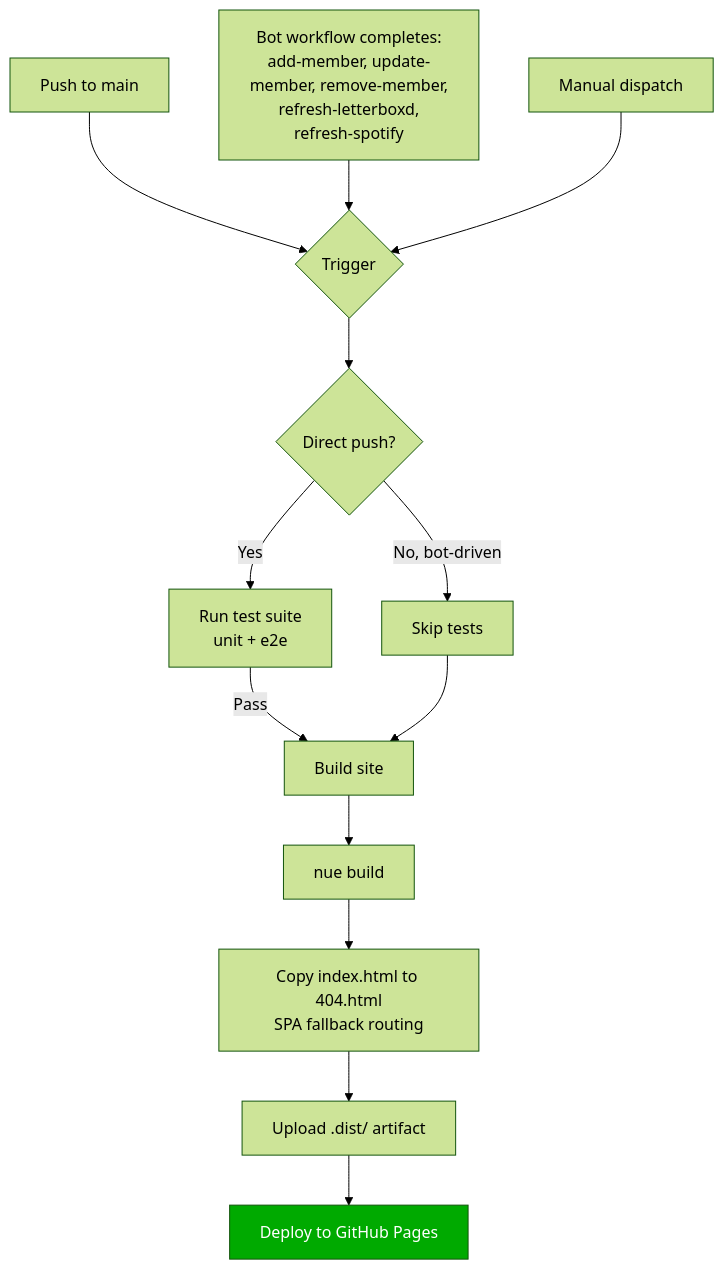
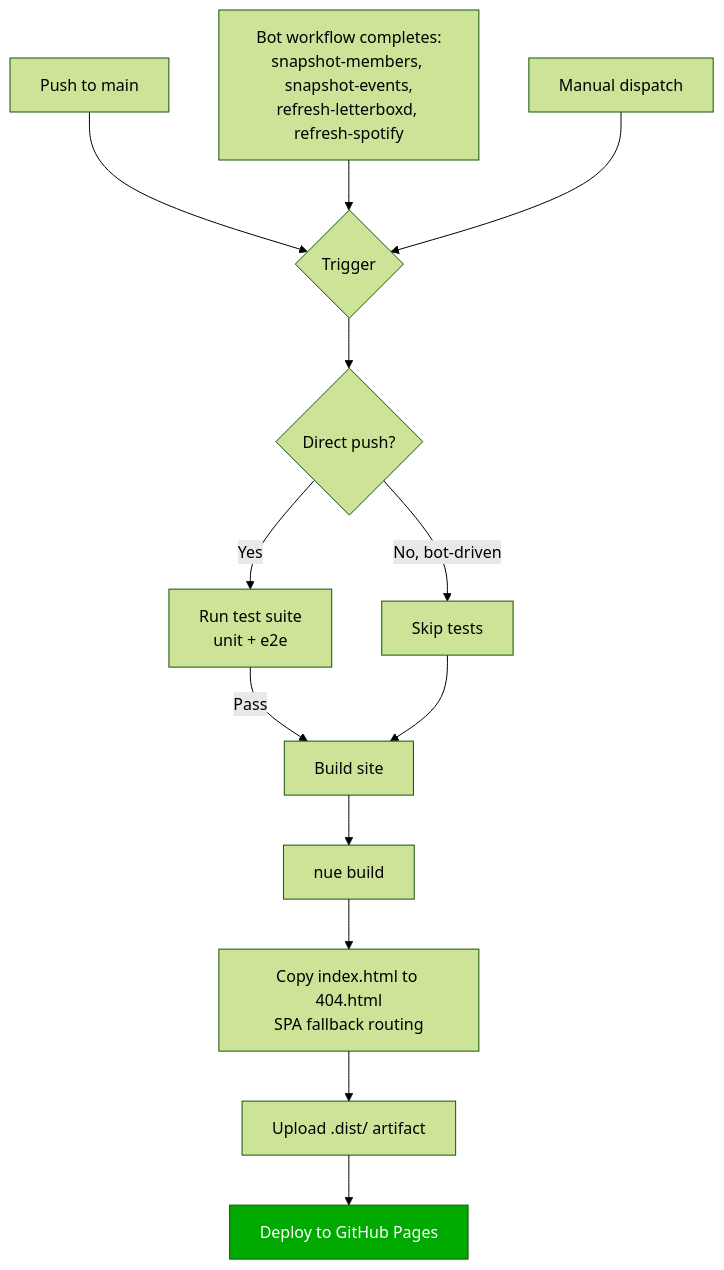
The first of 2 diagrams in docs/features/deployment.md (michaellambgelo/jxnfilmclub), drawn with Mermaid (forest theme) before and after one commit. The commit also changed other lines of this file and 13 other files, not shown here.

````diff
--- a/docs/features/deployment.md
+++ b/docs/features/deployment.md
@@ -7,22 +7,22 @@
 ```mermaid
 flowchart TD
     A{Trigger} --> B
 
     A1[Push to main] --> A
-    A2[Bot workflow completes:<br/>add-member, update-member, remove-member,<br/>refresh-letterboxd,<br/>refresh-spotify] --> A
+    A2[Bot workflow completes:<br/>snapshot-members, snapshot-events,<br/>refresh-letterboxd, refresh-spotify] --> A
     A3[Manual dispatch] --> A
 
     B{Direct push?}
     B -->|Yes| C[Run test suite<br/>unit + e2e]
     B -->|No, bot-driven| D[Skip tests]
 
     C -->|Pass| E[Build site]
     D --> E
 
     E --> F[nue build]
     F --> G[Copy index.html to 404.html<br/>SPA fallback routing]
     G --> H[Upload .dist/ artifact]
     H --> I[Deploy to GitHub Pages]
 
     style I fill:#0a0,color:#fff
 ```
````
